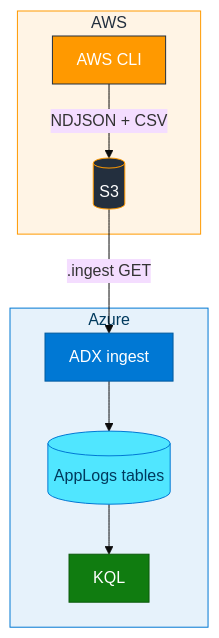
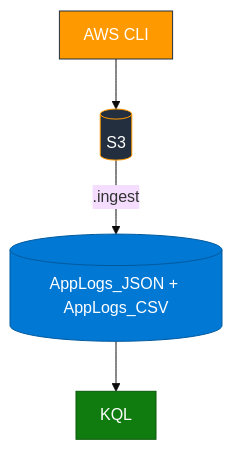
The second of 2 diagrams in Module_01_Amazon_S3/01_S3_to_ADX_Concepts.md (atingupta2005/adx-aws-training-aug-26), drawn with Mermaid before and after one commit. The commit also changed other lines of this file and 27 other files, not shown here.

````diff
--- a/Module_01_Amazon_S3/01_S3_to_ADX_Concepts.md
+++ b/Module_01_Amazon_S3/01_S3_to_ADX_Concepts.md
@@ -21,24 +30,11 @@
 ```mermaid
 %%{init: {"theme":"base","flowchart":{"htmlLabels":true,"padding":12}}}%%
 flowchart TB
-  subgraph awsBox [AWS]
-    CLI["AWS CLI"]
-    S3[("S3")]
-  end
-  subgraph azureBox [Azure]
-    DM["ADX ingest"]
-    T[("AppLogs tables")]
-    KQL["KQL"]
-  end
-  CLI -->|"NDJSON + CSV"| S3
-  S3 -->|".ingest GET"| DM
-  DM --> T
-  T --> KQL
-  style awsBox fill:#FFF4E5,stroke:#FF9900,color:#232F3E
-  style azureBox fill:#E6F2FB,stroke:#0078D4,color:#003A5D
+  CLI["AWS CLI"] --> S3[("S3")]
+  S3 -->|".ingest"| T[("AppLogs_JSON + AppLogs_CSV")]
+  T --> KQL["KQL"]
   style CLI fill:#FF9900,stroke:#232F3E,color:#fff
   style S3 fill:#232F3E,stroke:#FF9900,color:#fff
-  style DM fill:#0078D4,stroke:#005A9E,color:#fff
-  style T fill:#50E6FF,stroke:#0078D4,color:#003A5D
+  style T fill:#0078D4,stroke:#005A9E,color:#fff
   style KQL fill:#107C10,stroke:#0B5A0B,color:#fff
 ```
````
